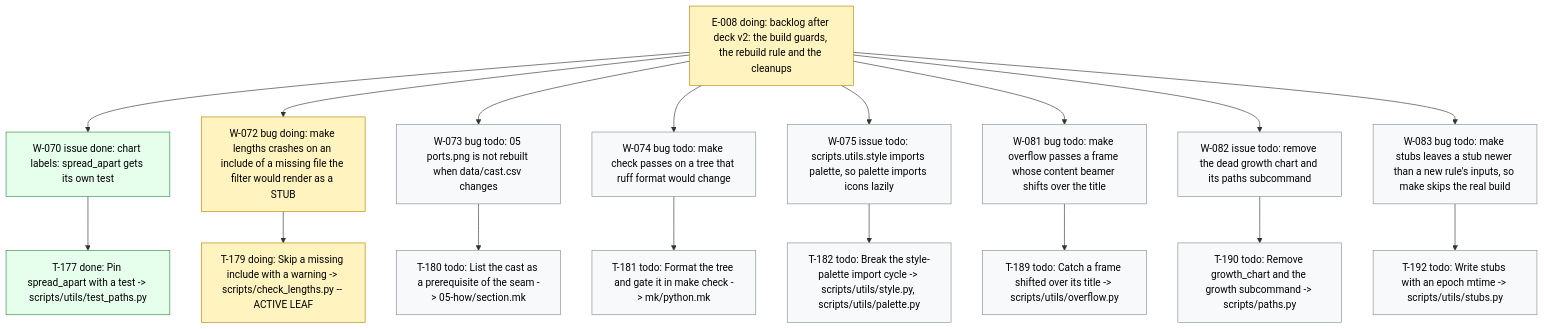
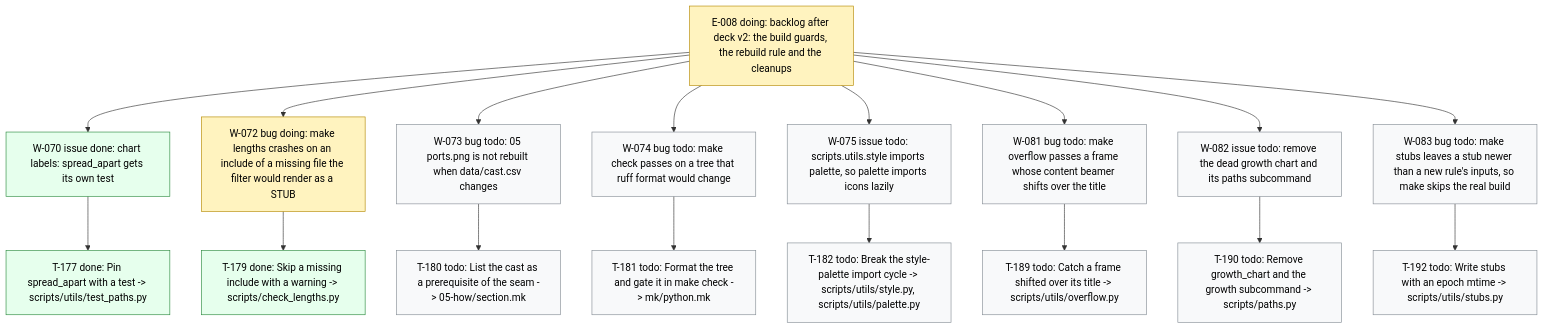
Before and after one commit to dpopchev/chaos-to-simple: the diagram in .board/BOARD.md, drawn with Mermaid. The commit also changed other lines of this file and 1 other file, not shown here.

Commit message:
chore(board): close T-179 -- W-072 ready to land
Refs: W-072 T-179

````diff
--- a/.board/BOARD.md
+++ b/.board/BOARD.md
@@ -485,28 +485,28 @@
 ```mermaid
 flowchart TD
   E008["E-008 doing: backlog after deck v2: the build guards, the rebuild rule and the cleanups"]
   E008 --> W070["W-070 issue done: chart labels: spread_apart gets its own test"]
   W070 --> T177["T-177 done: Pin spread_apart with a test -> scripts/utils/test_paths.py"]
   E008 --> W072["W-072 bug doing: make lengths crashes on an include of a missing file the filter would render as a STUB"]
-  W072 --> T179["T-179 doing: Skip a missing include with a warning -> scripts/check_lengths.py -- ACTIVE LEAF"]
+  W072 --> T179["T-179 done: Skip a missing include with a warning -> scripts/check_lengths.py"]
   E008 --> W073["W-073 bug todo: 05 ports.png is not rebuilt when data/cast.csv changes"]
   W073 --> T180["T-180 todo: List the cast as a prerequisite of the seam -> 05-how/section.mk"]
   E008 --> W074["W-074 bug todo: make check passes on a tree that ruff format would change"]
   W074 --> T181["T-181 todo: Format the tree and gate it in make check -> mk/python.mk"]
   E008 --> W075["W-075 issue todo: scripts.utils.style imports palette, so palette imports icons lazily"]
   W075 --> T182["T-182 todo: Break the style-palette import cycle -> scripts/utils/style.py, scripts/utils/palette.py"]
   E008 --> W081["W-081 bug todo: make overflow passes a frame whose content beamer shifts over the title"]
   W081 --> T189["T-189 todo: Catch a frame shifted over its title -> scripts/utils/overflow.py"]
   E008 --> W082["W-082 issue todo: remove the dead growth chart and its paths subcommand"]
   W082 --> T190["T-190 todo: Remove growth_chart and the growth subcommand -> scripts/paths.py"]
   E008 --> W083["W-083 bug todo: make stubs leaves a stub newer than a new rule's inputs, so make skips the real build"]
   W083 --> T192["T-192 todo: Write stubs with an epoch mtime -> scripts/utils/stubs.py"]
   classDef doing fill:#fff3bf,stroke:#b58900,color:#000;
   classDef blocked fill:#ffe3e3,stroke:#c92a2a,color:#000;
   classDef done fill:#e6ffed,stroke:#2b8a3e,color:#000;
   classDef todo fill:#f8f9fa,stroke:#868e96,color:#000;
   classDef pruned fill:#f1f3f5,stroke:#adb5bd,color:#000;
-  class E008,W072,T179 doing
-  class W070,T177 done
+  class E008,W072 doing
+  class W070,T177,T179 done
   class W073,T180,W074,T181,W075,T182,W081,T189,W082,T190,W083,T192 todo
 ```
````
